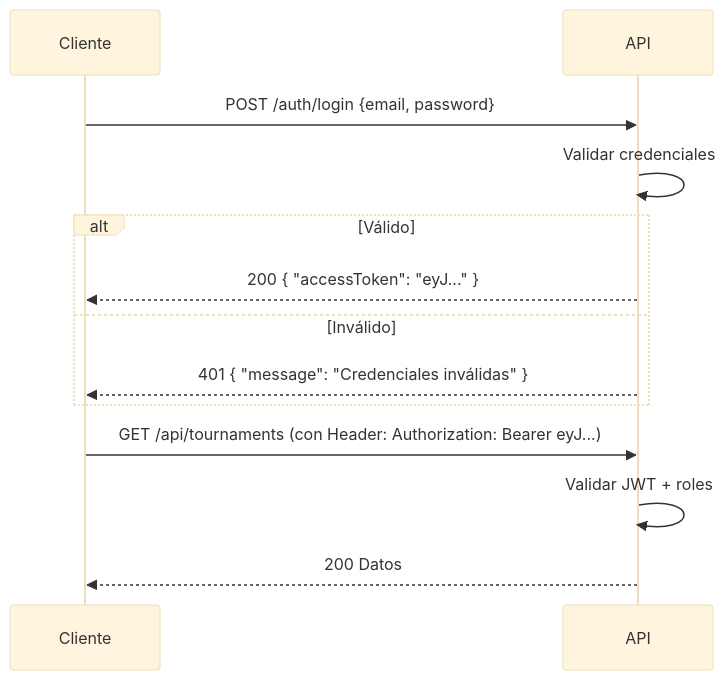
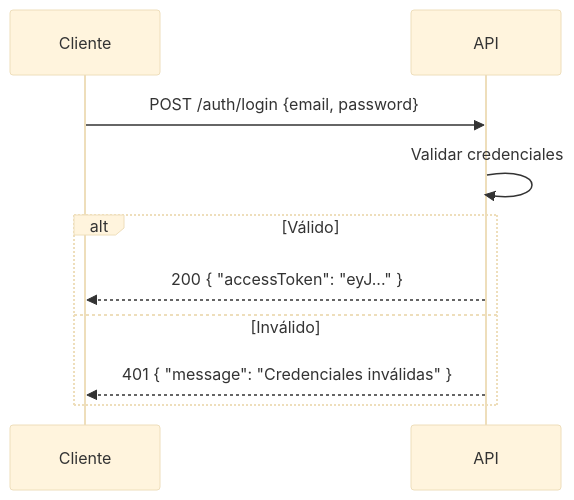
The diagram in README.md (rjrequena47/test-readme), drawn with Mermaid (base theme) before and after one commit. The commit also changed other lines of this file, not shown here.

````diff
--- a/README.md
+++ b/README.md
@@ -116,16 +129,13 @@
 ```mermaid
 sequenceDiagram
     participant Cliente
     participant API
     Cliente->>API: POST /auth/login {email, password}
     API->>API: Validar credenciales
     alt Válido
         API-->>Cliente: 200 { "accessToken": "eyJ..." }
     else Inválido
         API-->>Cliente: 401 { "message": "Credenciales inválidas" }
     end
-    Cliente->>API: GET /api/tournaments (con Header: Authorization: Bearer eyJ...)
-    API->>API: Validar JWT + roles
-    API-->>Cliente: 200 Datos
 
 ```
````
